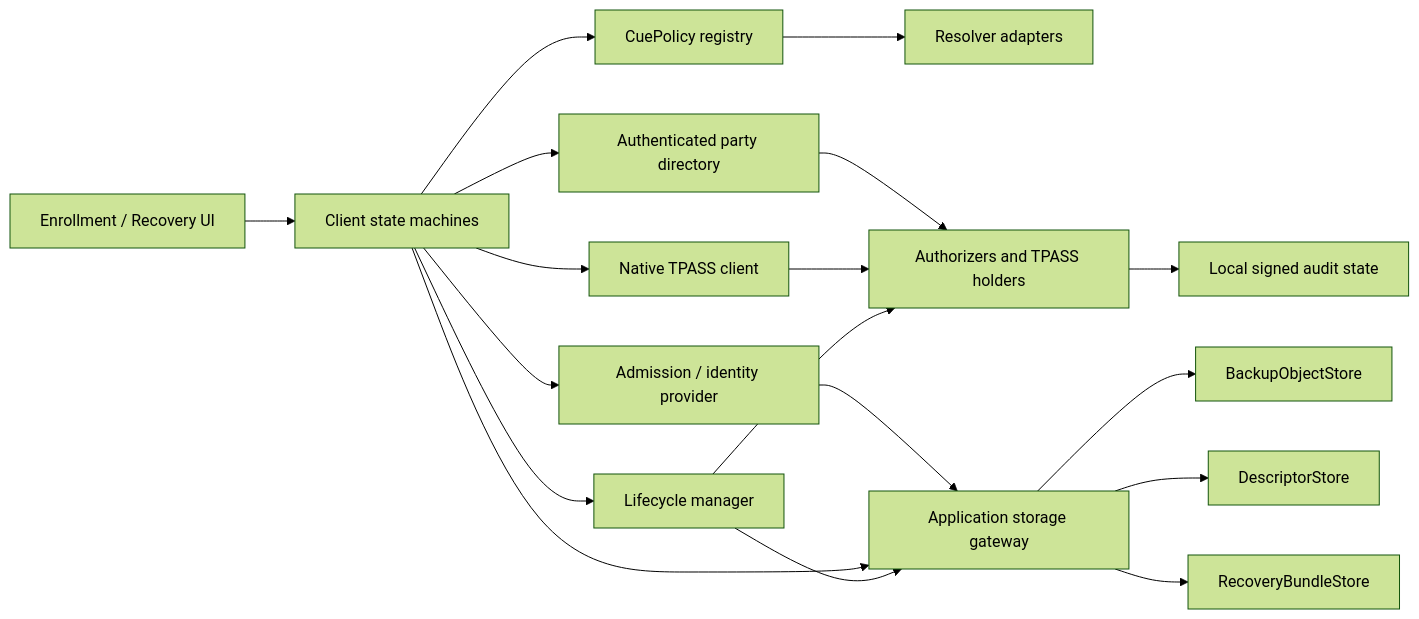
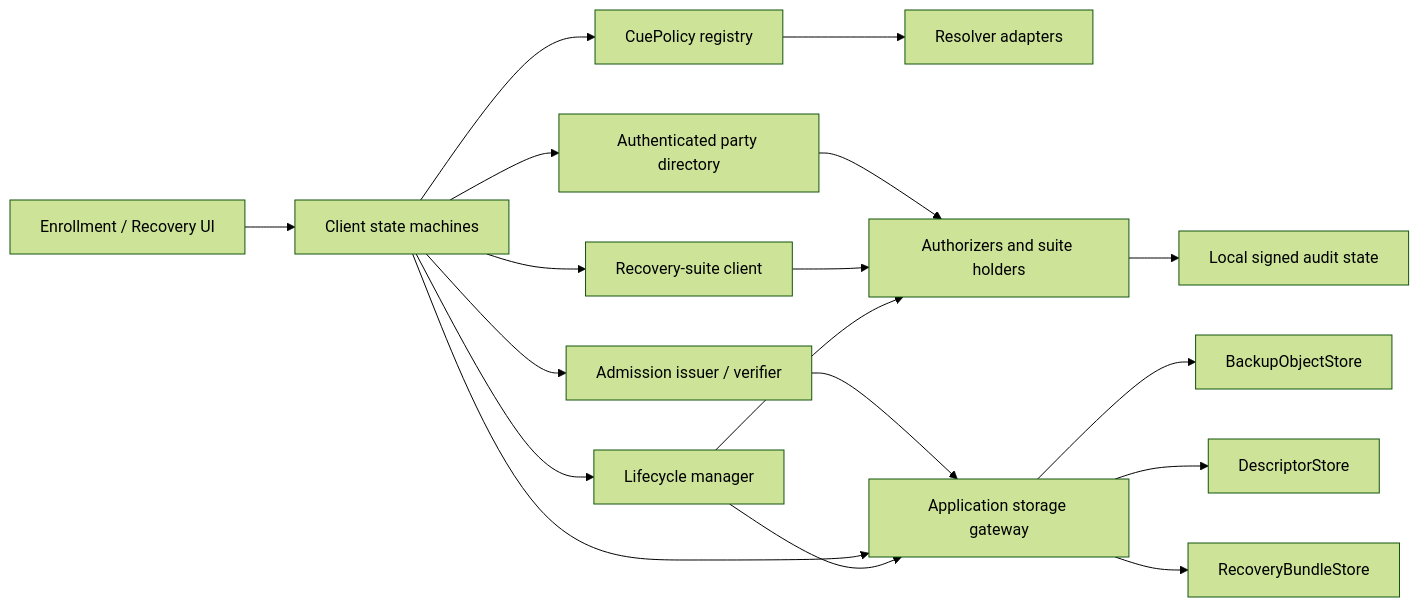
One commit to franciscobecerra97/LOCUS-v3 changed the diagram in docs/TARGET-ARCHITECTURE.md. Above: the diagram before and after it, drawn with Mermaid (forest theme). The commit also changed other lines of this file and 20 other files, not shown here.

````diff
--- a/docs/TARGET-ARCHITECTURE.md
+++ b/docs/TARGET-ARCHITECTURE.md
@@ -15,20 +14,20 @@
 ```mermaid
 flowchart LR
     UI["Enrollment / Recovery UI"] --> Client["Client state machines"]
     Client --> Policy["CuePolicy registry"]
     Policy --> Resolver["Resolver adapters"]
-    Client --> TPASS["Native TPASS client"]
-    Client --> Admission["Admission / identity provider"]
+    Client --> Suite["Recovery-suite client"]
+    Client --> Admission["Admission issuer / verifier"]
     Admission --> Gateway["Application storage gateway"]
     Client --> Gateway
     Gateway --> Backup["BackupObjectStore"]
     Gateway --> Descriptor["DescriptorStore"]
     Gateway --> Bundle["RecoveryBundleStore"]
     Client --> Directory["Authenticated party directory"]
-    Directory --> Parties["Authorizers and TPASS holders"]
-    TPASS --> Parties
+    Directory --> Parties["Authorizers and suite holders"]
+    Suite --> Parties
     Parties --> Audit["Local signed audit state"]
     Client --> Lifecycle["Lifecycle manager"]
     Lifecycle --> Gateway
     Lifecycle --> Parties
 ```
````
